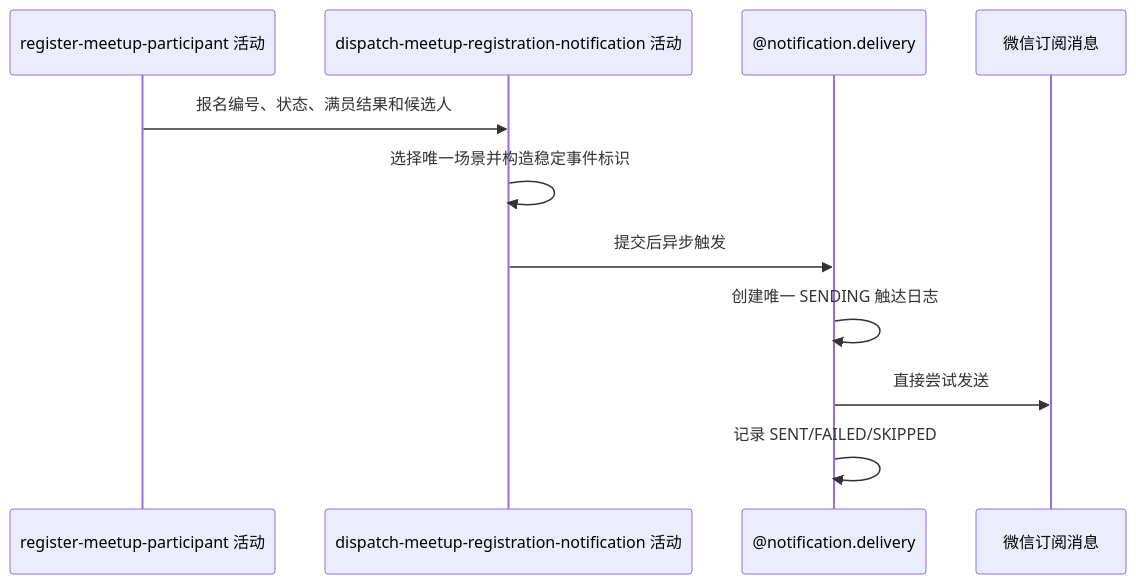
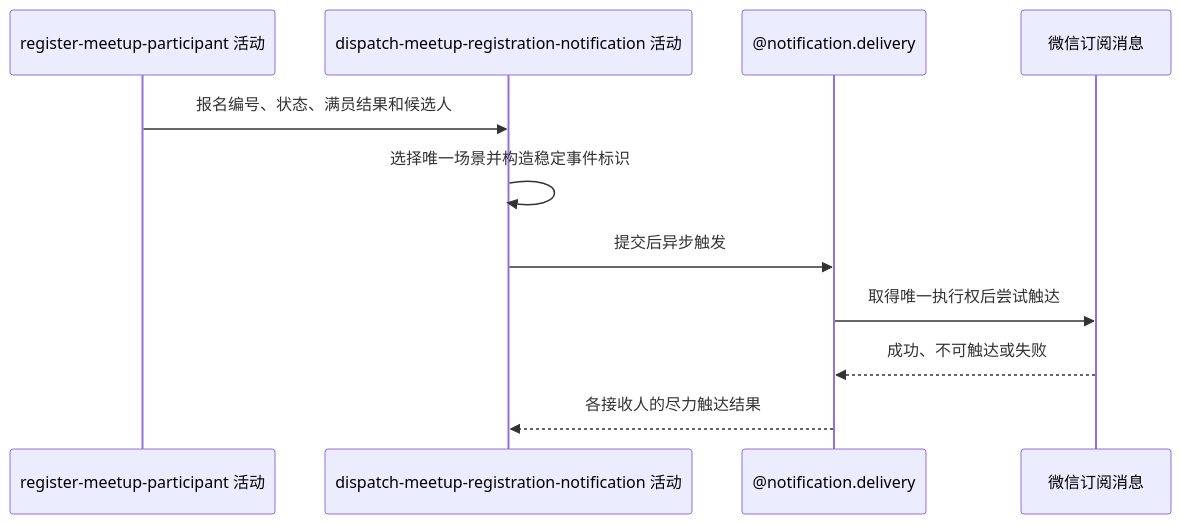
Before and after one commit to chxt100016/Rally: the diagram in blueprint/spec/meetup/meetup-join/dispatch-meetup-registration-notification/activity.md, drawn with Mermaid. The commit also changed other lines of this file and 871 other files, not shown here.

````diff
--- a/blueprint/spec/meetup/meetup-join/dispatch-meetup-registration-notification/activity.md
+++ b/blueprint/spec/meetup/meetup-join/dispatch-meetup-registration-notification/activity.md
@@ -14,13 +14,13 @@
 ```mermaid
 sequenceDiagram
     participant R as register-meetup-participant 活动
     participant A as dispatch-meetup-registration-notification 活动
     participant N as @notification.delivery
     participant W as 微信订阅消息
     R->>A: 报名编号、状态、满员结果和候选人
     A->>A: 选择唯一场景并构造稳定事件标识
     A->>N: 提交后异步触发
-    N->>N: 创建唯一 SENDING 触达日志
-    N->>W: 直接尝试发送
-    N->>N: 记录 SENT/FAILED/SKIPPED
+    N->>W: 取得唯一执行权后尝试触达
+    W-->>N: 成功、不可触达或失败
+    N-->>A: 各接收人的尽力触达结果
 ```
````
